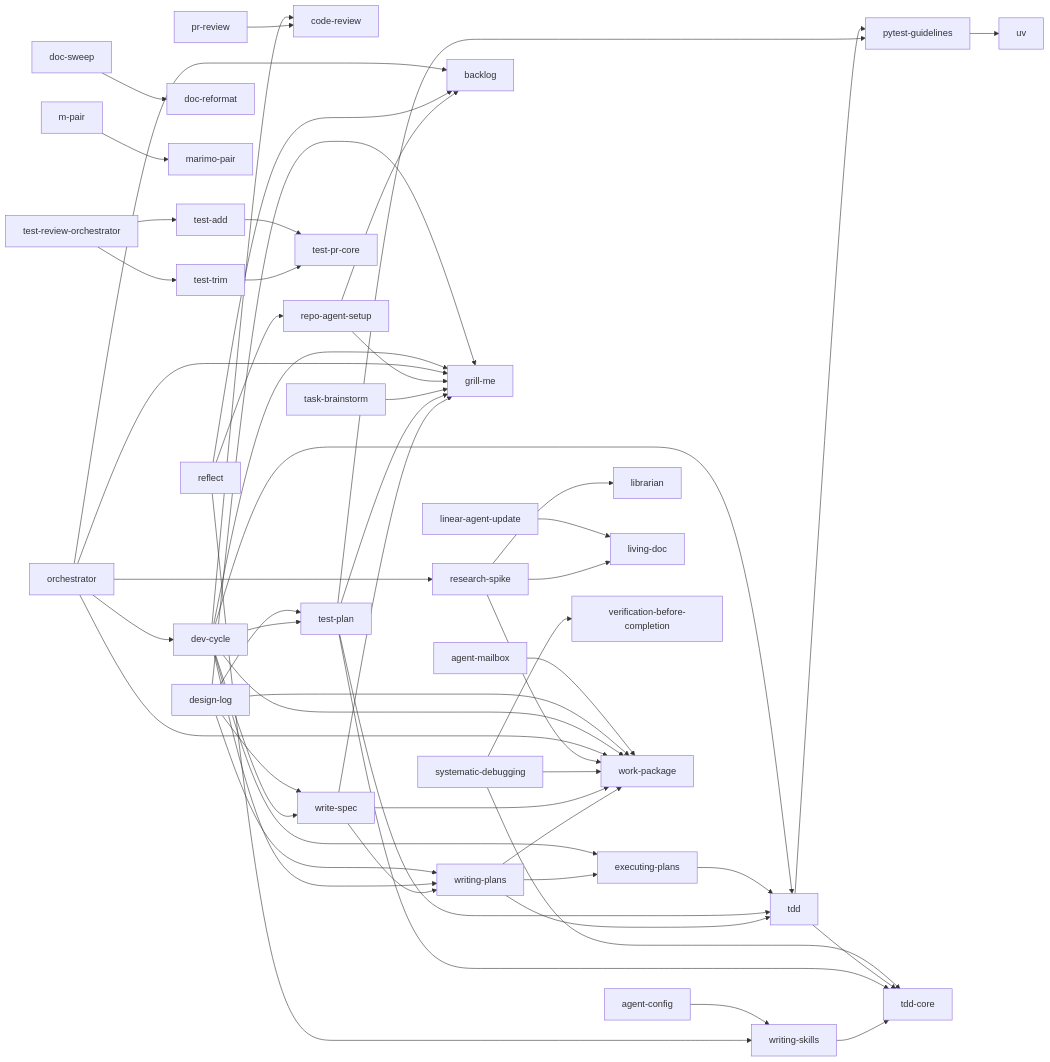
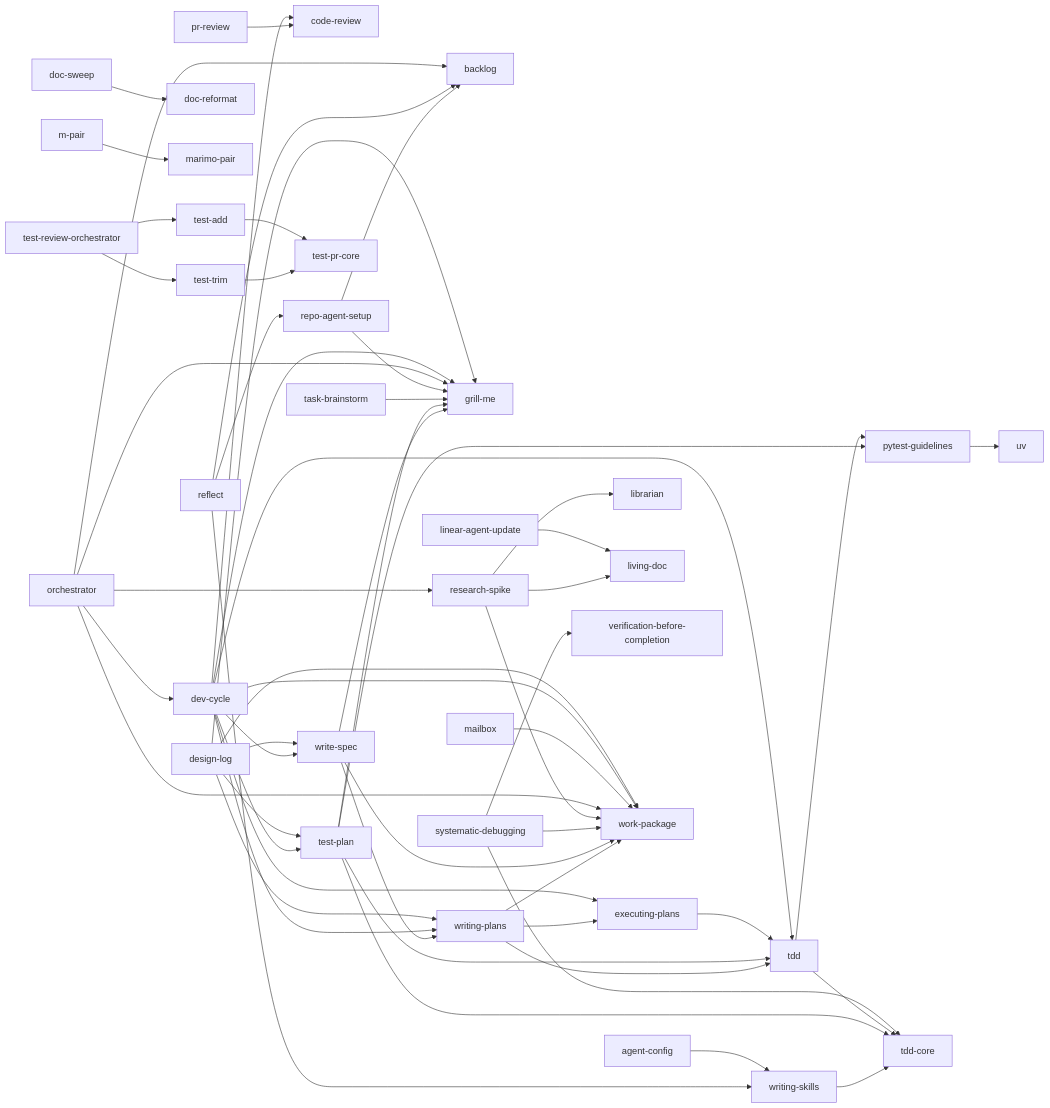
The diagram in README.md (Haydeni0/agent-config), drawn with Mermaid before and after one commit. The commit also changed other lines of this file and 7 other files, not shown here.

Commit message:
refactor(mailbox): rename agent-mailbox skill to mailbox

````diff
--- a/README.md
+++ b/README.md
@@ -144,7 +144,6 @@
 ```mermaid
 flowchart LR
     agent_config[agent-config]
-    agent_mailbox[agent-mailbox]
     backlog[backlog]
     %% caveman[caveman]
     %% caveman_commit[caveman-commit]
@@ -170,6 +169,7 @@
     linear_agent_update[linear-agent-update]
     living_doc[living-doc]
     m_pair[m-pair]
+    mailbox[mailbox]
     %% marimo_notebook[marimo-notebook]
     marimo_pair[marimo-pair]
     %% mcp_headless_oauth[mcp-headless-oauth]
@@ -208,7 +208,6 @@
     writing_skills[writing-skills]
     %% wt_switch_create[wt-switch-create]
     agent_config --> writing_skills
-    agent_mailbox --> work_package
     design_log --> grill_me
     design_log --> test_plan
     design_log --> write_spec
@@ -226,6 +225,7 @@
     executing_plans --> tdd
     linear_agent_update --> living_doc
     m_pair --> marimo_pair
+    mailbox --> work_package
     orchestrator --> grill_me
     orchestrator --> backlog
     orchestrator --> dev_cycle
````
